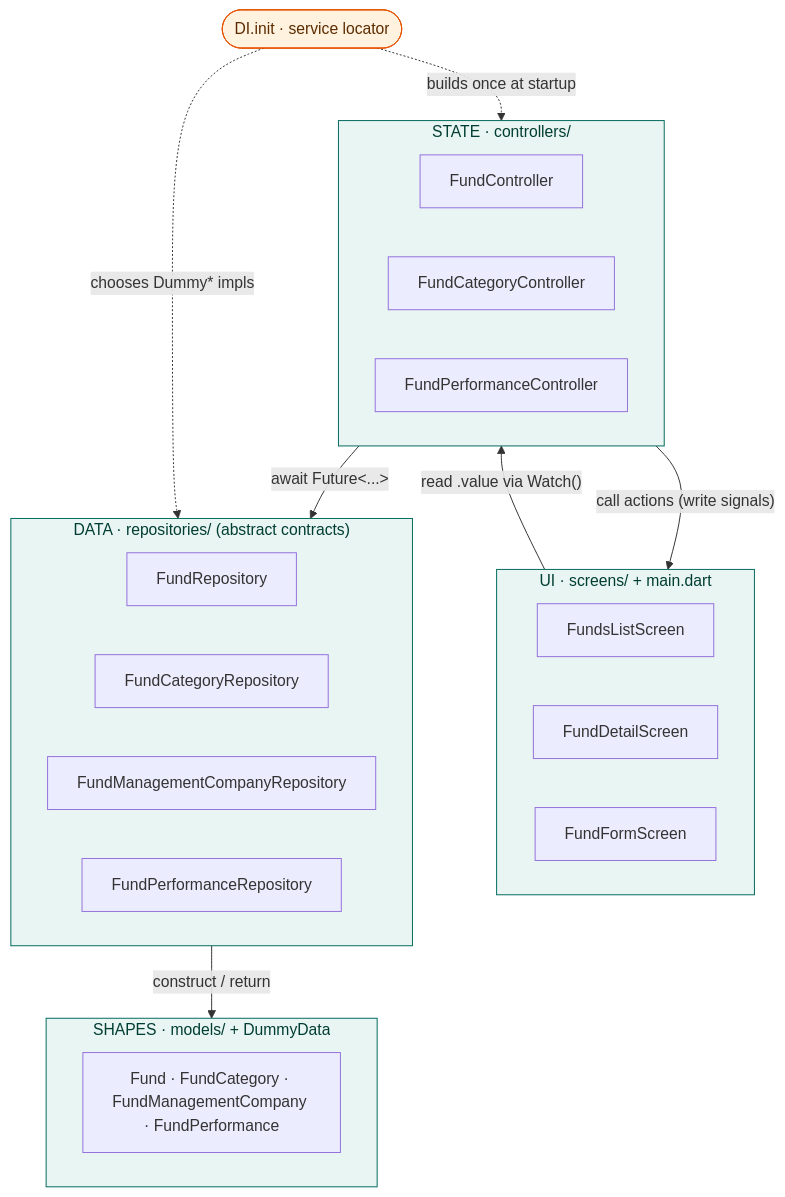
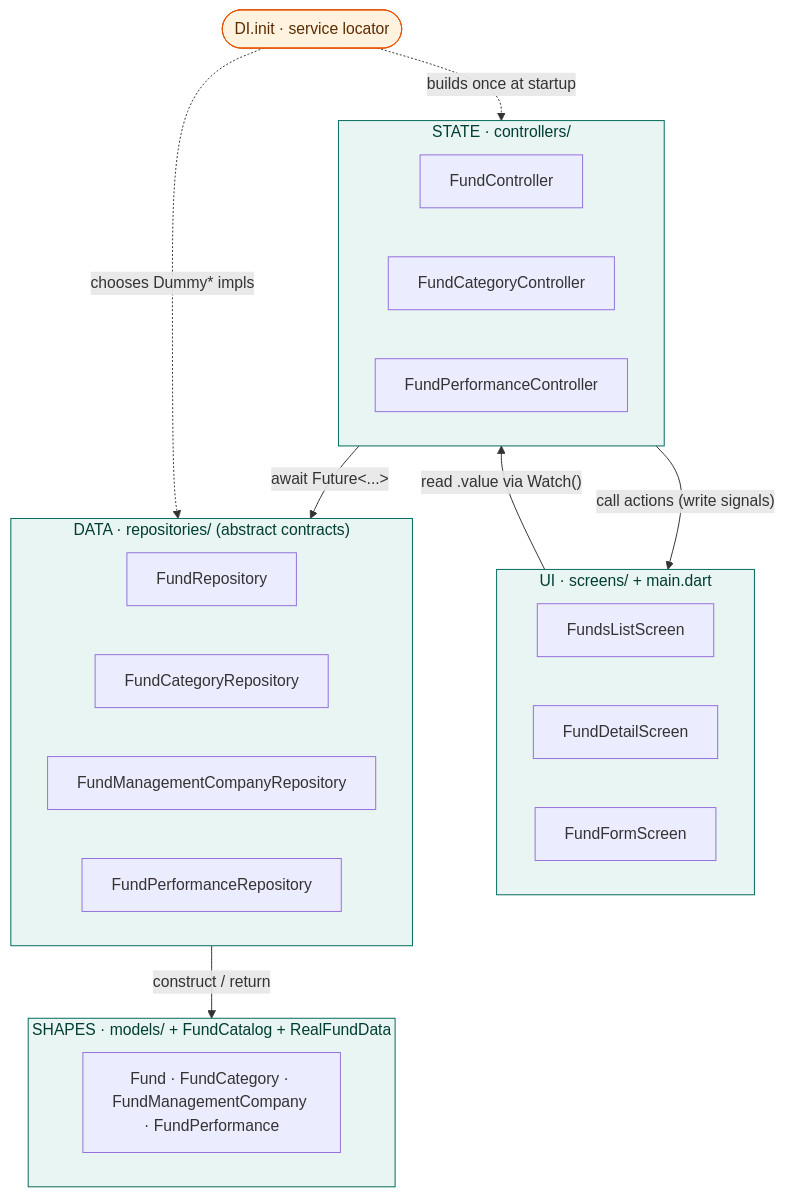
One commit to arthurgichuru/moneytrack changed the first of 5 diagrams in docs/CODE_WALKTHROUGH.md. Above: the diagram before and after it, drawn with Mermaid. The commit also changed other lines of this file and 7 other files, not shown here.

First line of the commit message:
Wire real performance data; rename DummyData -> FundCatalog

````diff
--- a/docs/CODE_WALKTHROUGH.md
+++ b/docs/CODE_WALKTHROUGH.md
@@ -90,35 +90,35 @@
 ```mermaid
 flowchart TB
     subgraph UI["UI · screens/ + main.dart"]
         S1[FundsListScreen]
         S2[FundDetailScreen]
         S3[FundFormScreen]
     end
     subgraph STATE["STATE · controllers/"]
         C1[FundController]
         C2[FundCategoryController]
         C3[FundPerformanceController]
     end
     subgraph DATA["DATA · repositories/ (abstract contracts)"]
         R1[FundRepository]
         R2[FundCategoryRepository]
         R3[FundManagementCompanyRepository]
         R4[FundPerformanceRepository]
     end
-    subgraph SHAPES["SHAPES · models/ + DummyData"]
+    subgraph SHAPES["SHAPES · models/ + FundCatalog + RealFundData"]
         M[Fund · FundCategory · FundManagementCompany · FundPerformance]
     end
 
     UI -- "read .value via Watch()" --> STATE
     STATE -- "call actions (write signals)" --> UI
     STATE -- "await Future&lt;...&gt;" --> DATA
     DATA -- "construct / return" --> SHAPES
 
     DI([DI.init · service locator]) -. "builds once at startup" .-> STATE
     DI -. "chooses Dummy* impls" .-> DATA
 
     classDef layer fill:#e8f5f2,stroke:#00695c,color:#003d33;
     class UI,STATE,DATA,SHAPES layer;
     classDef di fill:#fff3e0,stroke:#e65100,color:#5c2c00;
     class DI di;
 ```
````
